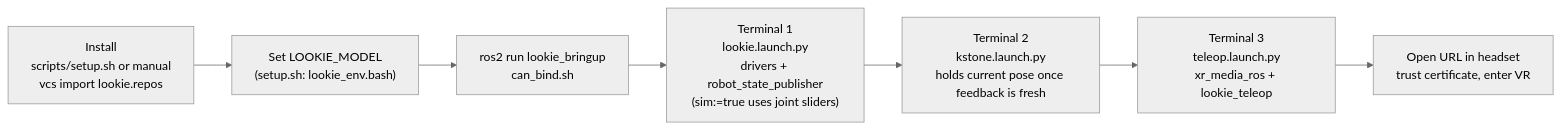
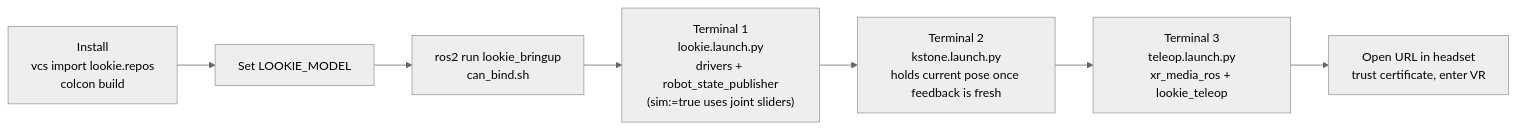
Before and after one commit to AgilexOpensource/lookie_ros: the second of 7 diagrams in docs/architecture.md, drawn with Mermaid (neutral theme). The commit also changed 6 other files, not shown here.

First line of the commit message:
Remove the setup script in favour of the install guide

````diff
--- a/docs/architecture.md
+++ b/docs/architecture.md
@@ -77,9 +77,9 @@
 ```mermaid
 flowchart LR
-    S0["Install<br/>scripts/setup.sh or manual<br/>vcs import lookie.repos"] --> S1["Set LOOKIE_MODEL<br/>(setup.sh: lookie_env.bash)"]
+    S0["Install<br/>vcs import lookie.repos<br/>colcon build"] --> S1["Set LOOKIE_MODEL"]
     S1 --> S2["ros2 run lookie_bringup<br/>can_bind.sh"]
     S2 --> S3["Terminal 1<br/>lookie.launch.py<br/>drivers + robot_state_publisher<br/>(sim:=true uses joint sliders)"]
     S3 --> S4["Terminal 2<br/>kstone.launch.py<br/>holds current pose once feedback is fresh"]
     S4 --> S5["Terminal 3<br/>teleop.launch.py<br/>xr_media_ros + lookie_teleop"]
     S5 --> S6["Open URL in headset<br/>trust certificate, enter VR"]
 ```
````
